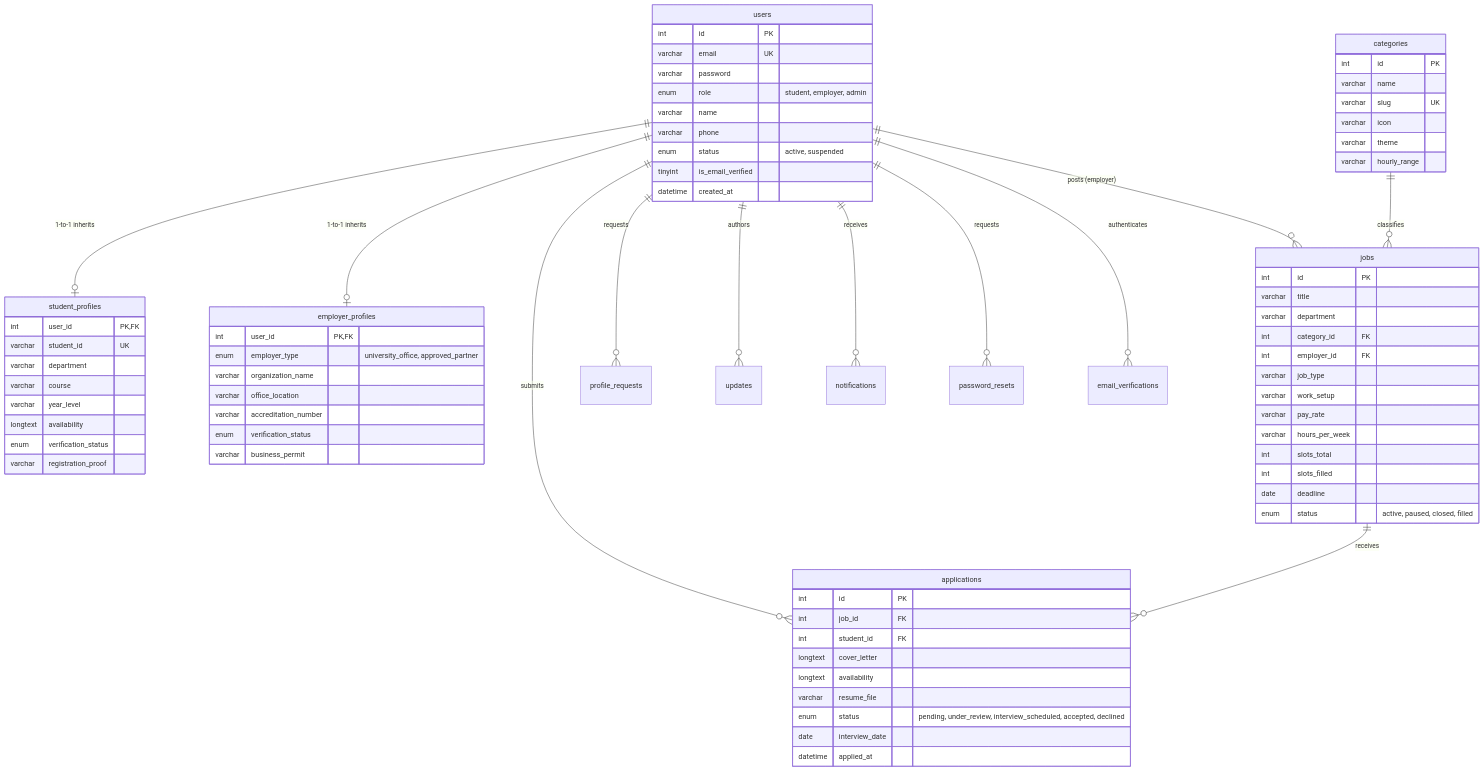
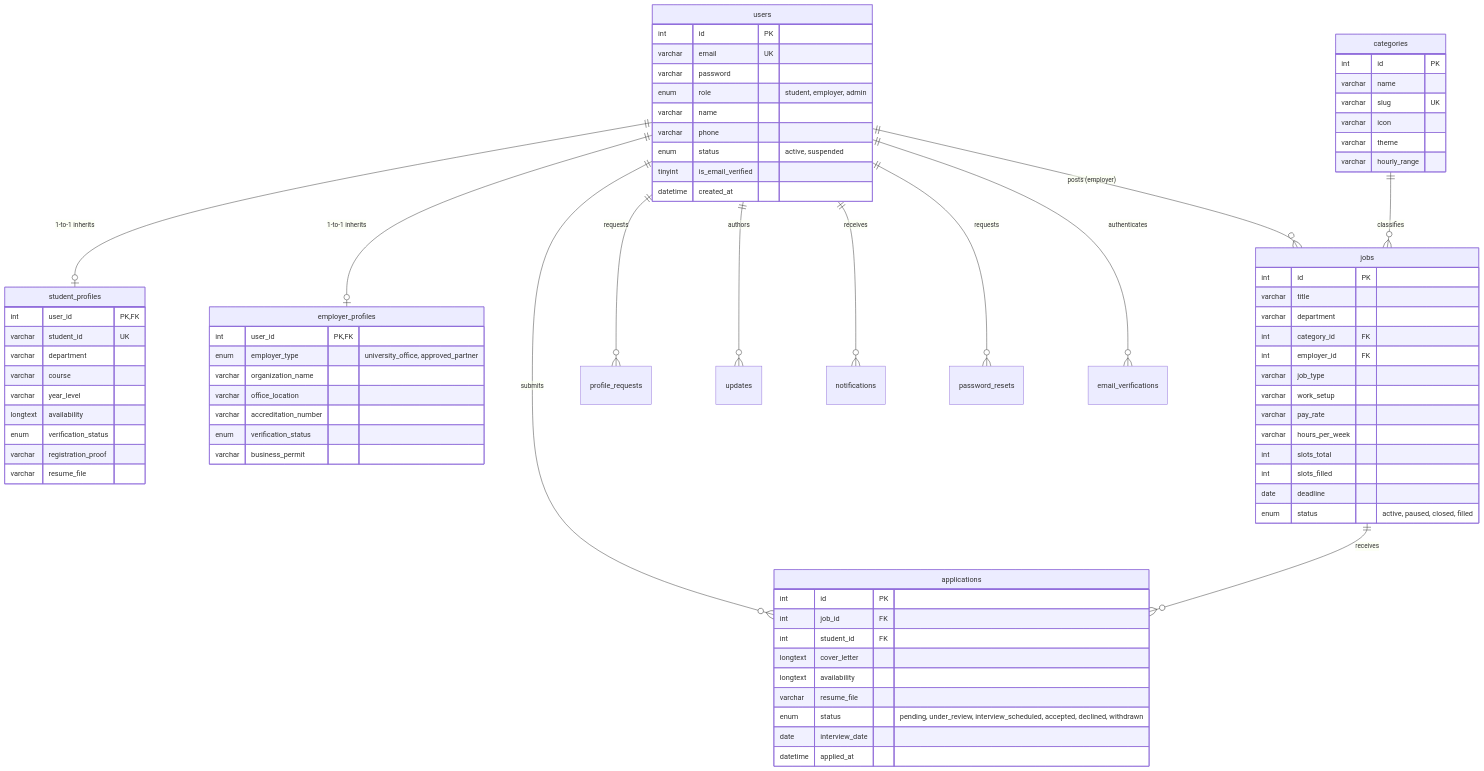
One commit to AlwinsonTGM/Campus-Job-Posting-System changed the diagram in docs/codebase/database/schema.sql.md. Above: the diagram before and after it, drawn with Mermaid. The commit also changed other lines of this file and 61 other files, not shown here.

```diff
--- a/docs/codebase/database/schema.sql.md
+++ b/docs/codebase/database/schema.sql.md
@@ -67,6 +67,7 @@
         longtext availability
         enum verification_status
         varchar registration_proof
+        varchar resume_file
     }
     
     employer_profiles {
@@ -111,7 +112,7 @@
         longtext cover_letter
         longtext availability
         varchar resume_file
-        enum status "pending, under_review, interview_scheduled, accepted, declined"
+        enum status "pending, under_review, interview_scheduled, accepted, declined, withdrawn"
         date interview_date
         datetime applied_at
     }
```
